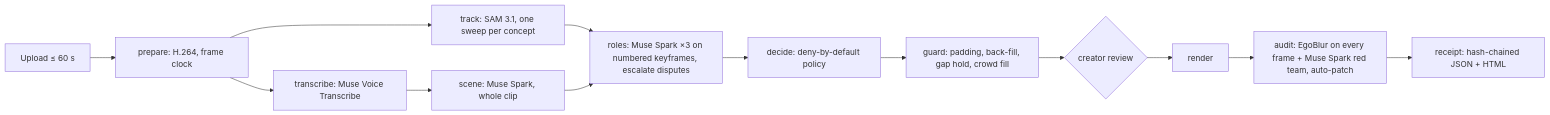
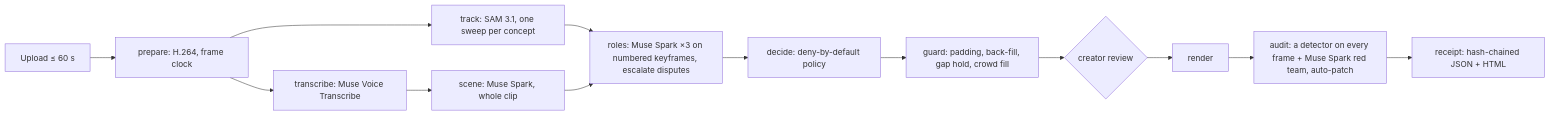
Before and after one commit to mlsniperpro/sigmora-safe-cut: the diagram in README.md, drawn with Mermaid. The commit also changed other lines of this file and 8 other files, not shown here.

First line of the commit message:
fix: audit round 11 (EgoBlur claims match the CPU deploy; CI time; eval guards)

````diff
--- a/README.md
+++ b/README.md
@@ -16,15 +16,15 @@
 ```mermaid
 flowchart LR
   U[Upload ≤ 60 s] --> P[prepare: H.264, frame clock]
   P --> T[track: SAM 3.1, one sweep per concept]
   P --> S[transcribe: Muse Voice Transcribe]
   S --> SC[scene: Muse Spark, whole clip]
   T --> R[roles: Muse Spark ×3 on numbered keyframes, escalate disputes]
   SC --> R
   R --> D[decide: deny-by-default policy]
   D --> G[guard: padding, back-fill, gap hold, crowd fill]
   G --> RV{creator review}
   RV --> RE[render]
-  RE --> A[audit: EgoBlur on every frame + Muse Spark red team, auto-patch]
+  RE --> A[audit: a detector on every frame + Muse Spark red team, auto-patch]
   A --> RC[receipt: hash-chained JSON + HTML]
 ```
````
